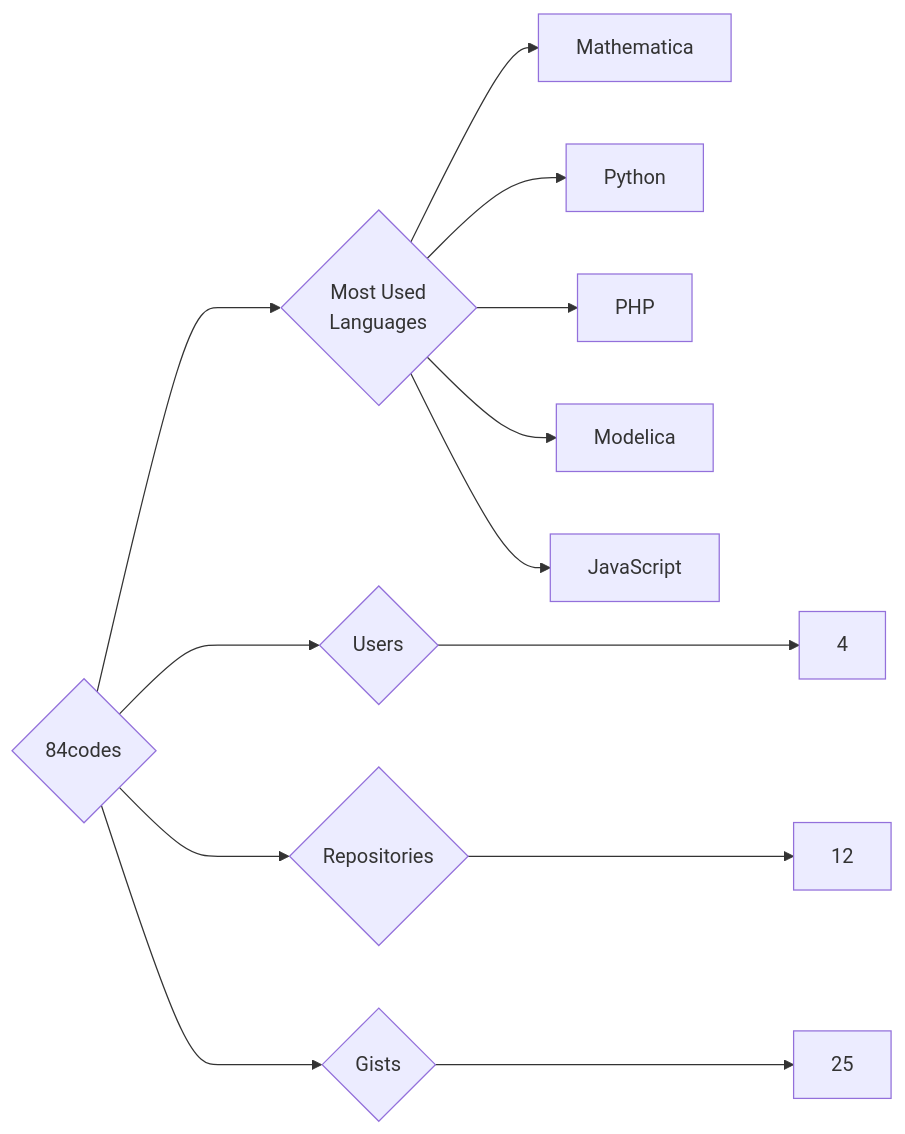
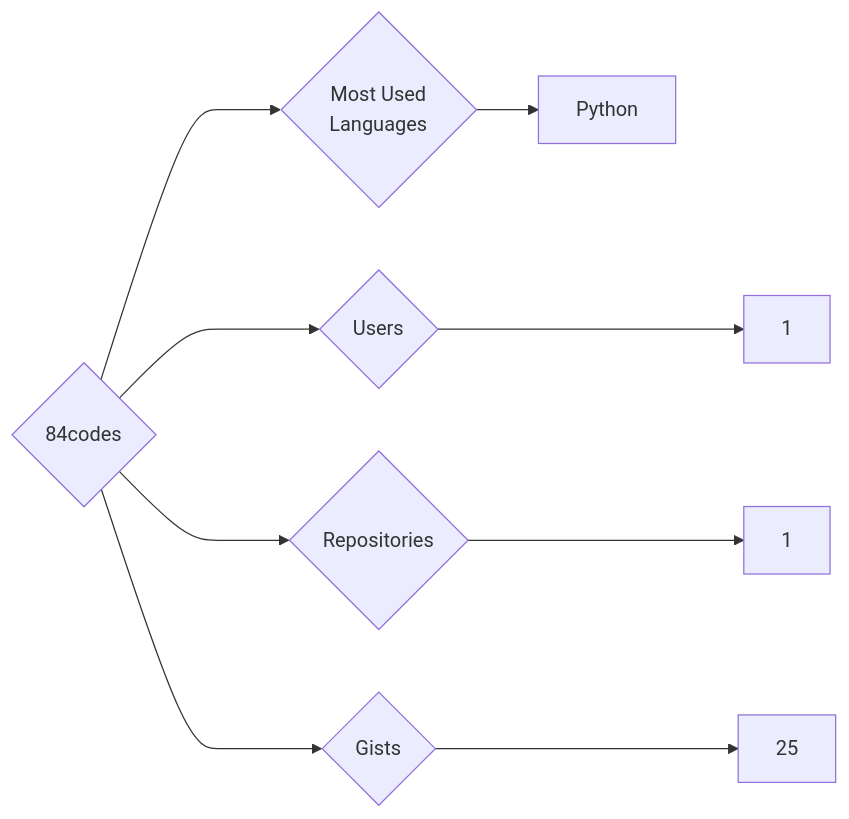
The diagram in targets/84codes/README.md (trickest/insiders), drawn with Mermaid before and after one commit. The commit also changed 559 other files, not shown here.

````diff
--- a/targets/84codes/README.md
+++ b/targets/84codes/README.md
@@ -3,13 +3,9 @@
 ```mermaid
 graph LR
 COMPANY_NAME{84codes}
-COMPANY_NAME ---> U{Users} ---> UN[4]
-COMPANY_NAME ---> R{Repositories} ---> RN[12]
+COMPANY_NAME ---> U{Users} ---> UN[1]
+COMPANY_NAME ---> R{Repositories} ---> RN[1]
 COMPANY_NAME ---> G{Gists} ---> GN[25]
 COMPANY_NAME ---> ML{Most Used<br>Languages}
-ML --> Mathematica[Mathematica]
 ML --> Python[Python]
-ML --> PHP[PHP]
-ML --> Modelica[Modelica]
-ML --> JavaScript[JavaScript]
 ```
````
